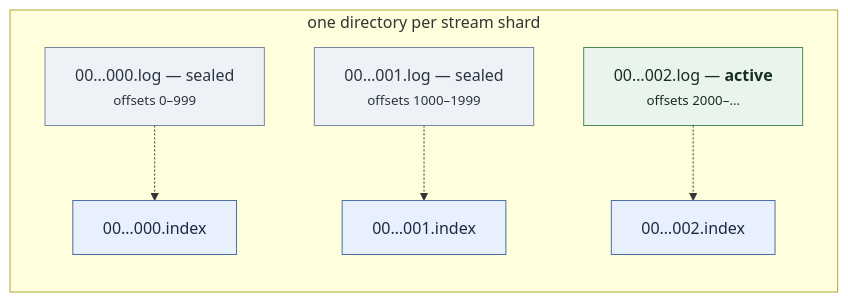
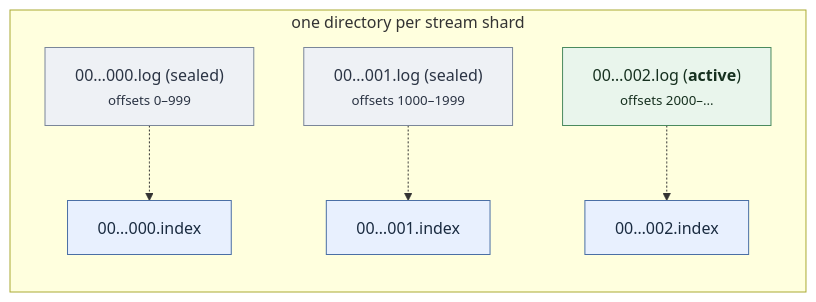
Before and after one commit to GetFelix/felix: the third of 5 diagrams in docs-site/src/content/docs/architecture/durable-storage.md, drawn with Mermaid. The commit also changed other lines of this file and 30 other files, not shown here.

````diff
--- a/docs-site/src/content/docs/architecture/durable-storage.md
+++ b/docs-site/src/content/docs/architecture/durable-storage.md
@@ -109,22 +109,22 @@
 ```mermaid
 graph TB
     subgraph shard["one directory per stream shard"]
         direction TB
-        S0["00…000.log — sealed<br/><small>offsets 0–999</small>"]
+        S0["00…000.log (sealed)<br/><small>offsets 0–999</small>"]
         I0["00…000.index"]
-        S1["00…001.log — sealed<br/><small>offsets 1000–1999</small>"]
+        S1["00…001.log (sealed)<br/><small>offsets 1000–1999</small>"]
         I1["00…001.index"]
-        S2["00…002.log — <b>active</b><br/><small>offsets 2000–…</small>"]
+        S2["00…002.log (<b>active</b>)<br/><small>offsets 2000–…</small>"]
         I2["00…002.index"]
     end
     S0 -.-> I0
     S1 -.-> I1
     S2 -.-> I2
 
     classDef sealed fill:#eef1f5,stroke:#7a8699,color:#2b3444
     classDef active fill:#e9f5ec,stroke:#4a8a5e,color:#16301f
     classDef index fill:#e8f0fe,stroke:#4a6fa5,color:#1a2b40
     class S0,S1 sealed
     class S2 active
     class I0,I1,I2 index
 ```
````
